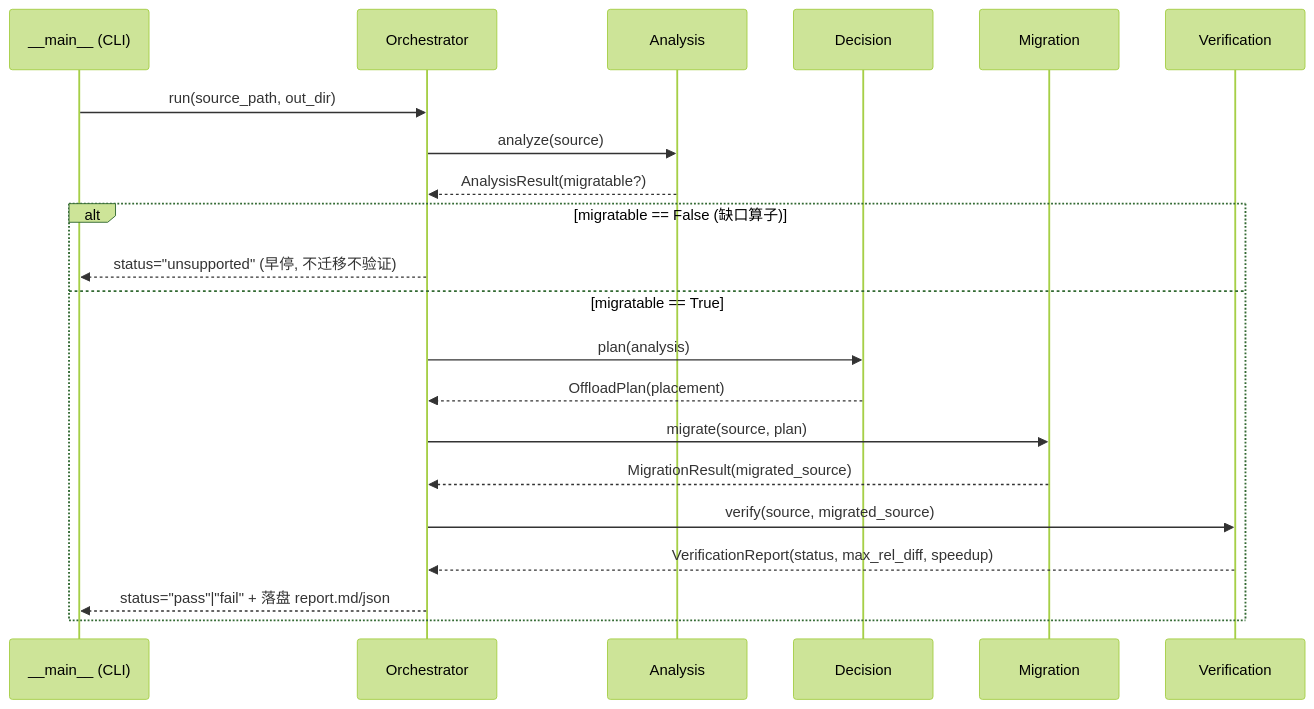
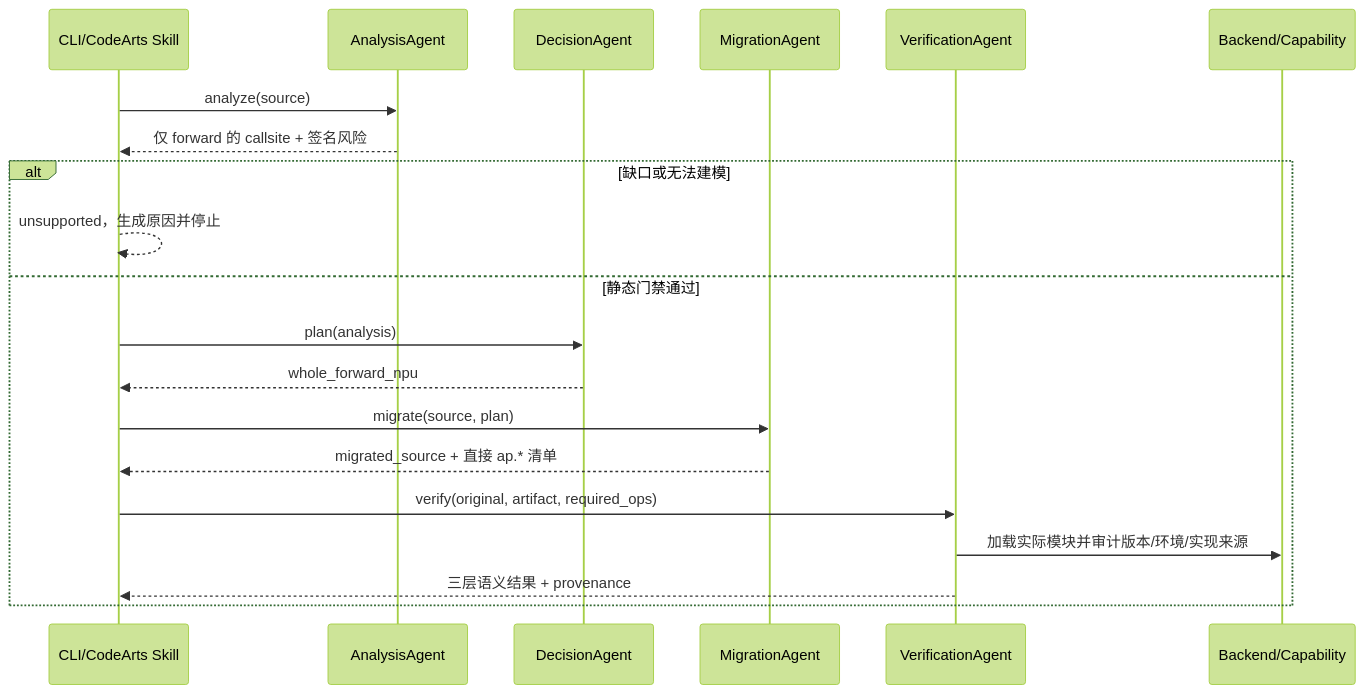
One commit to DEGger21/numpilot changed the second of 2 diagrams in docs/architecture.md. Above: the diagram before and after it, drawn with Mermaid (forest theme). The commit also changed other lines of this file and 53 other files, not shown here.

````diff
--- a/docs/architecture.md
+++ b/docs/architecture.md
@@ -45,23 +47,23 @@
 ```mermaid
 sequenceDiagram
-    participant CLI as __main__ (CLI)
-    participant O as Orchestrator
-    participant A as Analysis
-    participant D as Decision
-    participant M as Migration
-    participant V as Verification
-    CLI->>O: run(source_path, out_dir)
-    O->>A: analyze(source)
-    A-->>O: AnalysisResult(migratable?)
-    alt migratable == False (缺口算子)
-        O-->>CLI: status="unsupported" (早停, 不迁移不验证)
-    else migratable == True
-        O->>D: plan(analysis)
-        D-->>O: OffloadPlan(placement)
-        O->>M: migrate(source, plan)
-        M-->>O: MigrationResult(migrated_source)
-        O->>V: verify(source, migrated_source)
-        V-->>O: VerificationReport(status, max_rel_diff, speedup)
-        O-->>CLI: status="pass"|"fail" + 落盘 report.md/json
-    end
+  participant C as CLI/CodeArts Skill
+  participant A as AnalysisAgent
+  participant D as DecisionAgent
+  participant M as MigrationAgent
+  participant V as VerificationAgent
+  participant B as Backend/Capability
+
+  C->>A: analyze(source)
+  A-->>C: 仅 forward 的 callsite + 签名风险
+  alt 缺口或无法建模
+    C-->>C: unsupported，生成原因并停止
+  else 静态门禁通过
+    C->>D: plan(analysis)
+    D-->>C: whole_forward_npu
+    C->>M: migrate(source, plan)
+    M-->>C: migrated_source + 直接 ap.* 清单
+    C->>V: verify(original, artifact, required_ops)
+    V->>B: 加载实际模块并审计版本/环境/实现来源
+    V-->>C: 三层语义结果 + provenance
+  end
 ```
````
